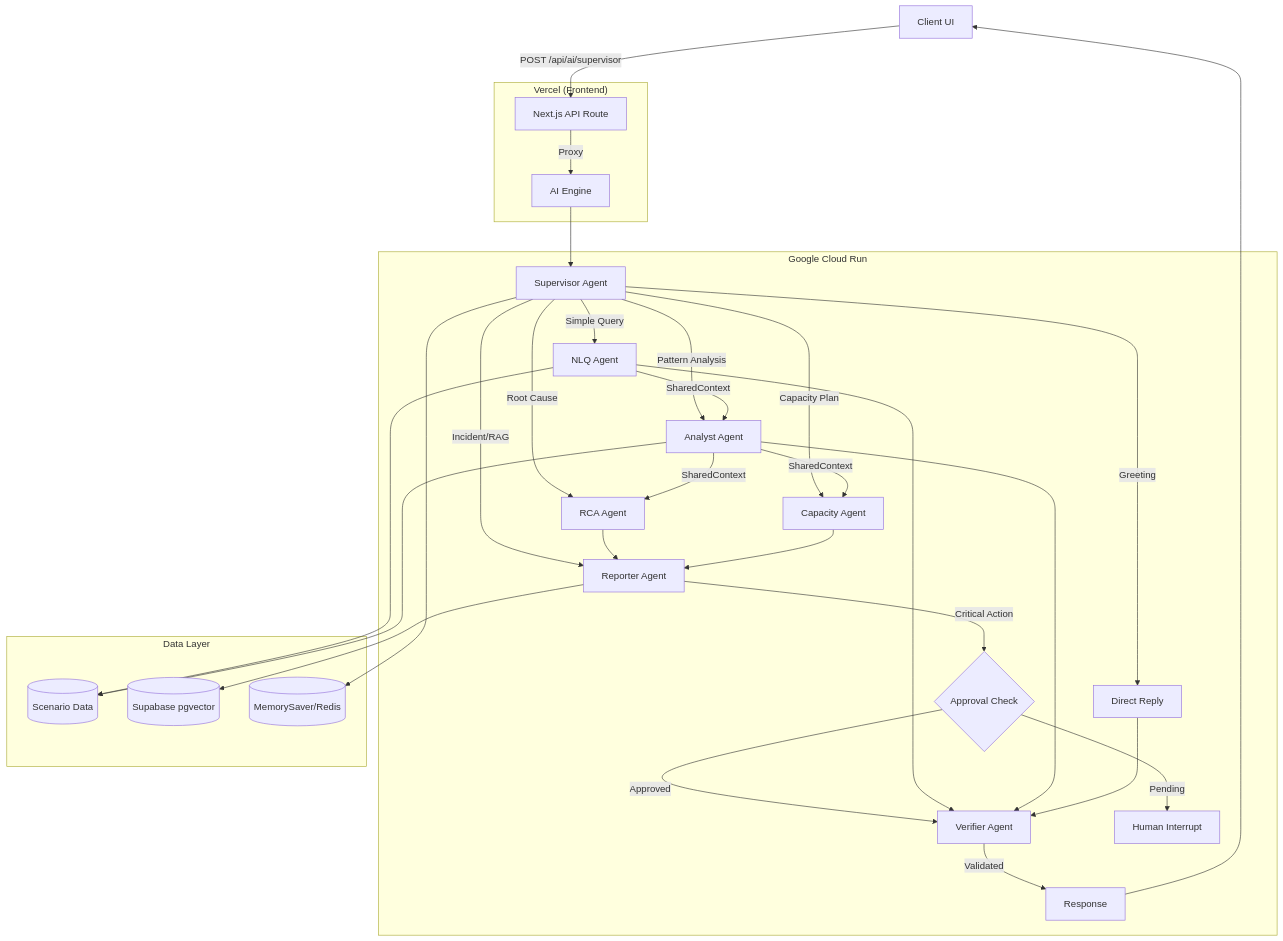
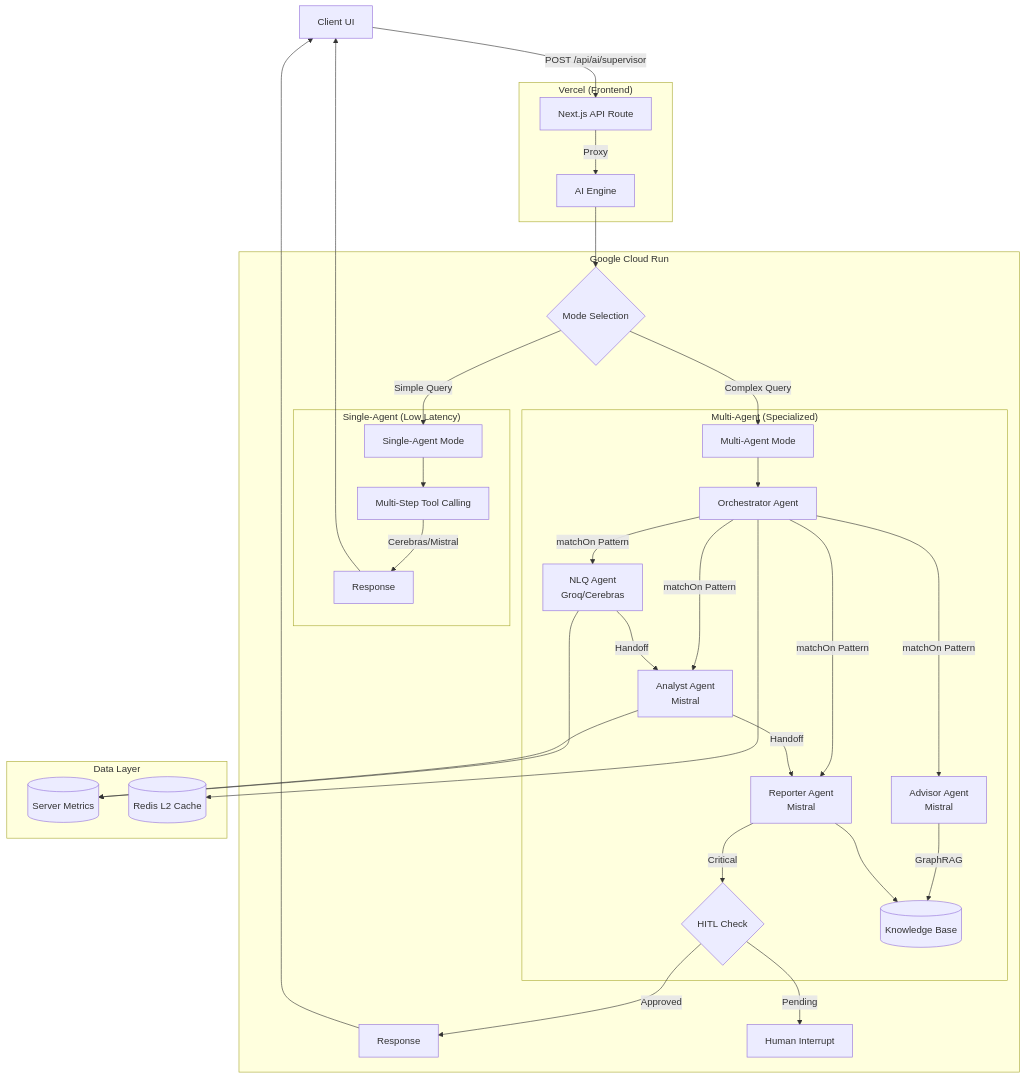
Before and after one commit to skyasu2/openmanager-vibe-v5: the first of 3 diagrams in docs/core/architecture/ai/ai-engine-architecture.md, drawn with Mermaid. The commit also changed other lines of this file and 2 other files, not shown here.

First line of the commit message:
docs(ai-engine): v5.92.0 아키텍처 문서 및 테스트 최신화

````diff
--- a/docs/core/architecture/ai/ai-engine-architecture.md
+++ b/docs/core/architecture/ai/ai-engine-architecture.md
@@ -99,44 +89,46 @@
 ```mermaid
 graph TD
     Client[Client UI] -->|POST /api/ai/supervisor| API[Next.js API Route]
 
     subgraph "Vercel (Frontend)"
         API -->|Proxy| CloudRun
     end
 
     subgraph "Google Cloud Run"
-        CloudRun[AI Engine] --> Supervisor[Supervisor Agent]
+        CloudRun[AI Engine] --> ModeSelect{Mode Selection}
 
-        Supervisor -->|Simple Query| NLQ[NLQ Agent]
-        Supervisor -->|Pattern Analysis| Analyst[Analyst Agent]
-        Supervisor -->|Root Cause| RCA[RCA Agent]
-        Supervisor -->|Capacity Plan| Capacity[Capacity Agent]
-        Supervisor -->|Incident/RAG| Reporter[Reporter Agent]
-        Supervisor -->|Greeting| Direct[Direct Reply]
+        ModeSelect -->|Simple Query| SingleAgent[Single-Agent Mode]
+        ModeSelect -->|Complex Query| MultiAgent[Multi-Agent Mode]
 
-        NLQ -->|SharedContext| Analyst
-        Analyst -->|SharedContext| RCA
-        Analyst -->|SharedContext| Capacity
-        RCA --> Reporter
-        Capacity --> Reporter
+        subgraph "Single-Agent (Low Latency)"
+            SingleAgent --> Tools[Multi-Step Tool Calling]
+            Tools -->|Cerebras/Mistral| Response1[Response]
+        end
 
-        Reporter -->|Critical Action| Approval{Approval Check}
-        Approval -->|Approved| Verifier[Verifier Agent]
+        subgraph "Multi-Agent (Specialized)"
+            MultiAgent --> Orchestrator[Orchestrator Agent]
+            Orchestrator -->|matchOn Pattern| NLQ[NLQ Agent<br/>Groq/Cerebras]
+            Orchestrator -->|matchOn Pattern| Analyst[Analyst Agent<br/>Mistral]
+            Orchestrator -->|matchOn Pattern| Reporter[Reporter Agent<br/>Mistral]
+            Orchestrator -->|matchOn Pattern| Advisor[Advisor Agent<br/>Mistral]
+
+            NLQ -->|Handoff| Analyst
+            Analyst -->|Handoff| Reporter
+            Reporter -->|Critical| Approval{HITL Check}
+            Advisor -->|GraphRAG| RAG[(Knowledge Base)]
+        end
+
+        Approval -->|Approved| Response2[Response]
         Approval -->|Pending| Interrupt[Human Interrupt]
-
-        NLQ --> Verifier
-        Analyst --> Verifier
-        Direct --> Verifier
-
-        Verifier -->|Validated| Response[Response]
     end
 
     subgraph "Data Layer"
-        NLQ --> Metrics[(Scenario Data)]
+        NLQ --> Metrics[(Server Metrics)]
         Analyst --> Metrics
-        Reporter --> RAG[(Supabase pgvector)]
-        Supervisor --> Checkpoint[(MemorySaver/Redis)]
+        Reporter --> RAG
+        Orchestrator --> Cache[(Redis L2 Cache)]
     end
 
-    Response --> Client
+    Response1 --> Client
+    Response2 --> Client
 ```
````
